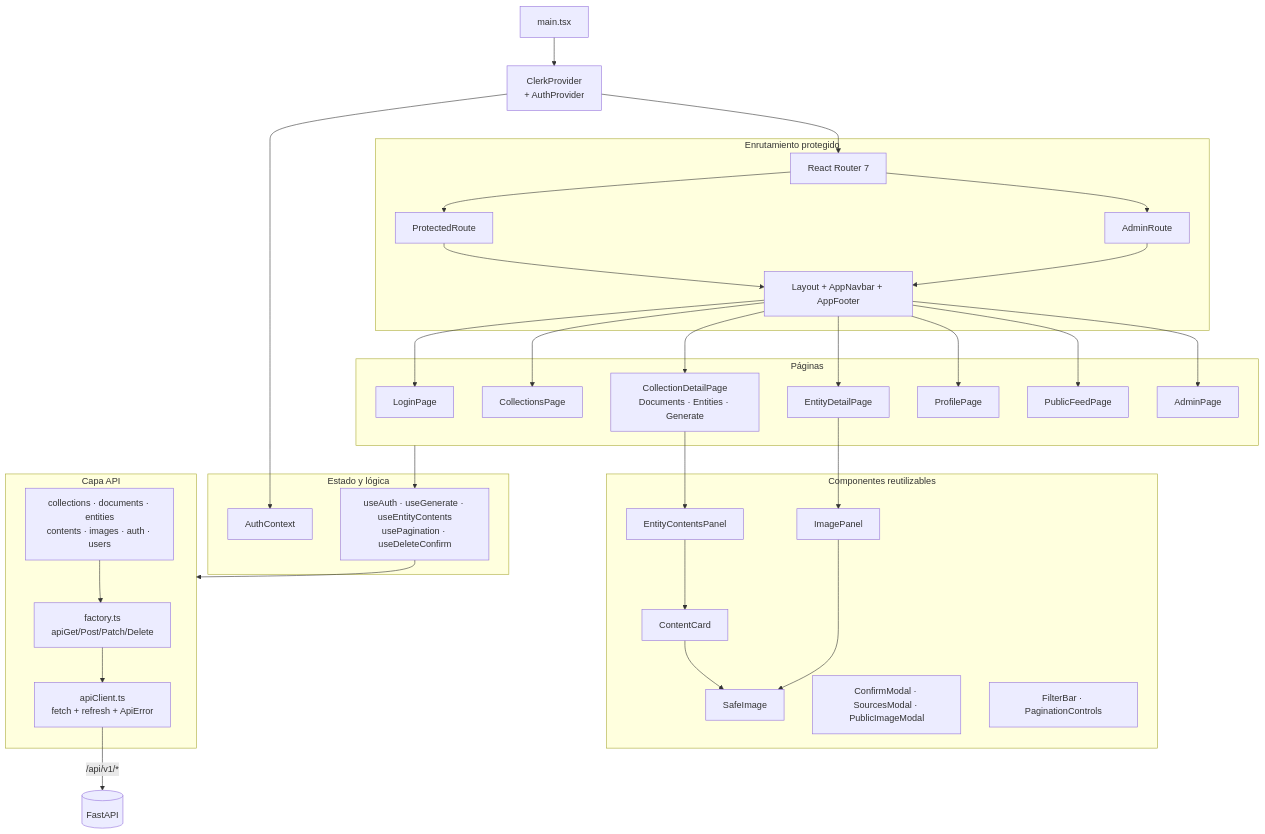
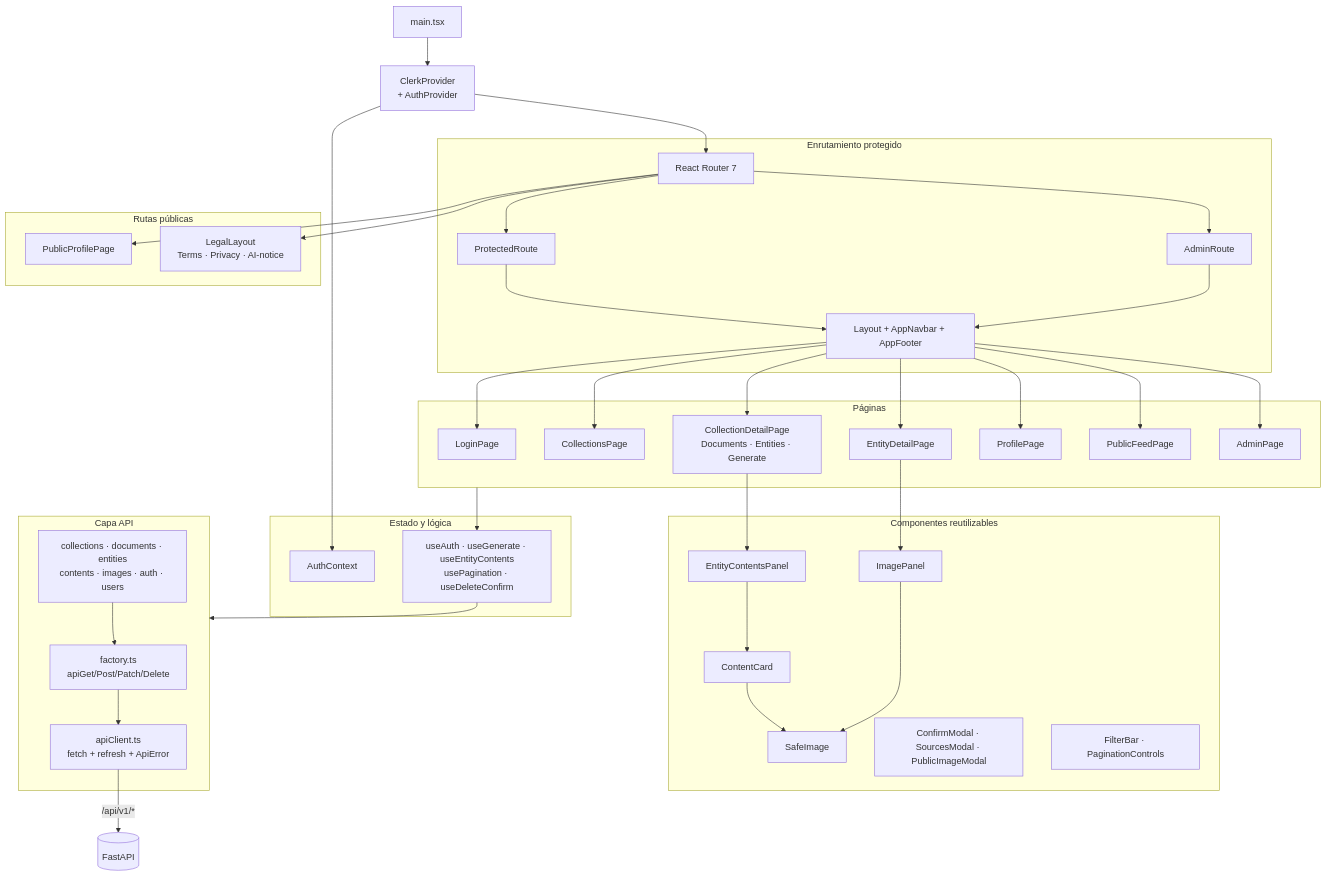
One commit to sergiogonzalezch/loremaster changed diagram 16 of 18 in docs/ARQUITECTURA.md. Above: the diagram before and after it, drawn with Mermaid. The commit also changed 1 other file, not shown here.

Commit message:
docs(architecture): document legal pages (terms, privacy, AI notice)
Add the public legal pages to the frontend structure tree and feature list in DOCUMENTATION.md, and to the frontend component diagram in ARQUITECTURA.md (new public-routes subgraph with LegalLayout).

````diff
--- a/docs/ARQUITECTURA.md
+++ b/docs/ARQUITECTURA.md
@@ -801,56 +801,61 @@
 ```mermaid
 graph TB
     main[main.tsx] --> provider[ClerkProvider<br/>+ AuthProvider]
     provider --> router[React Router 7]
 
     subgraph routing[Enrutamiento protegido]
         router --> prot[ProtectedRoute]
         router --> adminr[AdminRoute]
         prot --> layout[Layout + AppNavbar + AppFooter]
         adminr --> layout
     end
 
     subgraph pages[Páginas]
         layout --> login[LoginPage]
         layout --> cols[CollectionsPage]
         layout --> coldetail[CollectionDetailPage<br/>Documents · Entities · Generate]
         layout --> entity[EntityDetailPage]
         layout --> profile[ProfilePage]
         layout --> feed[PublicFeedPage]
         layout --> admin[AdminPage]
+    end
+
+    subgraph public[Rutas públicas]
+        router --> pubprofile[PublicProfilePage]
+        router --> legal[LegalLayout<br/>Terms · Privacy · AI-notice]
     end
 
     subgraph shared[Componentes reutilizables]
         contentcard[ContentCard]
         imagepanel[ImagePanel]
         entitypanel[EntityContentsPanel]
         safeimg[SafeImage]
         modals[ConfirmModal · SourcesModal · PublicImageModal]
         filters[FilterBar · PaginationControls]
     end
 
     coldetail --> entitypanel
     entitypanel --> contentcard
     entity --> imagepanel
     contentcard --> safeimg
     imagepanel --> safeimg
 
     subgraph state[Estado y lógica]
         ctx[AuthContext]
         hooks[useAuth · useGenerate · useEntityContents<br/>usePagination · useDeleteConfirm]
     end
 
     pages --> hooks
     hooks --> apilayer
 
     subgraph apilayer[Capa API]
         factory[factory.ts<br/>apiGet/Post/Patch/Delete]
         client[apiClient.ts<br/>fetch + refresh + ApiError]
         clients[collections · documents · entities<br/>contents · images · auth · users]
     end
 
     factory --> client
     clients --> factory
     client -->|/api/v1/*| backend[(FastAPI)]
     provider --> ctx
 ```
````
